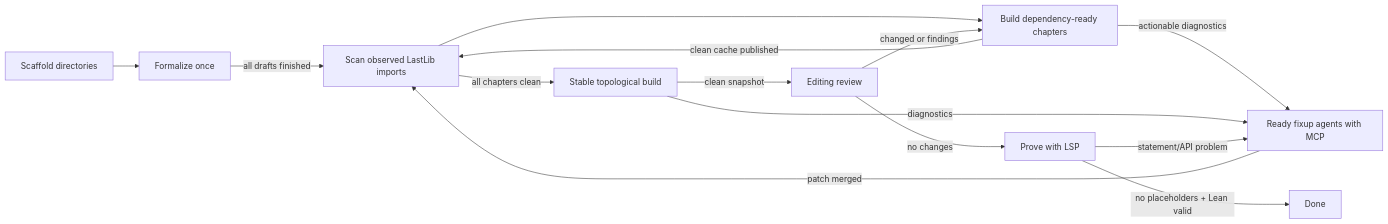
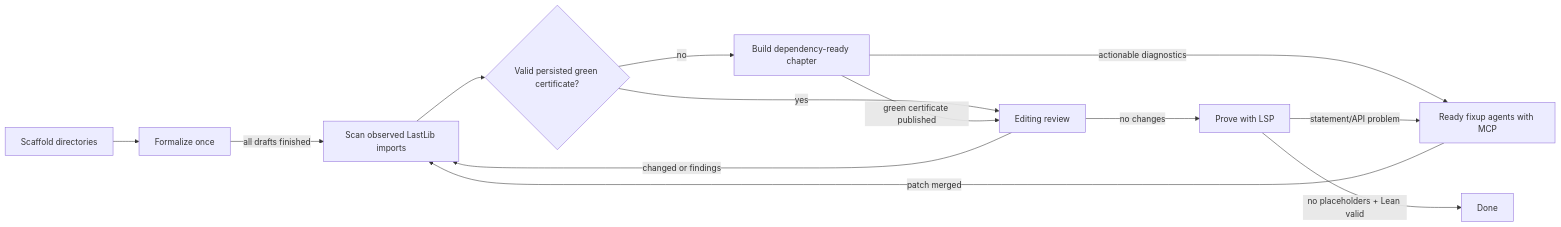
One commit to phulin/LastLib changed the diagram in SWARM.md. Above: the diagram before and after it, drawn with Mermaid. The commit also changed other lines of this file and 3 other files, not shown here.

Commit message:
feat(swarm): stream green chapters into review

````diff
--- a/SWARM.md
+++ b/SWARM.md
@@ -13,16 +13,15 @@
 ```mermaid
 flowchart LR
     S[Scaffold directories] --> F[Formalize once]
     F -->|all drafts finished| I[Scan observed LastLib imports]
-    I --> B[Build dependency-ready chapters]
+    I --> C{Valid persisted green certificate?}
+    C -->|no| B[Build dependency-ready chapter]
+    C -->|yes| R[Editing review]
     B -->|actionable diagnostics| X[Ready fixup agents with MCP]
     X -->|patch merged| I
-    B -->|clean cache published| I
-    I -->|all chapters clean| G[Stable topological build]
-    G -->|diagnostics| X
-    G -->|clean snapshot| R[Editing review]
-    R -->|changed or findings| B
+    B -->|green certificate published| R
+    R -->|changed or findings| I
     R -->|no changes| P[Prove with LSP]
     P -->|statement/API problem| X
     P -->|no placeholders + Lean valid| D[Done]
 ```
````
